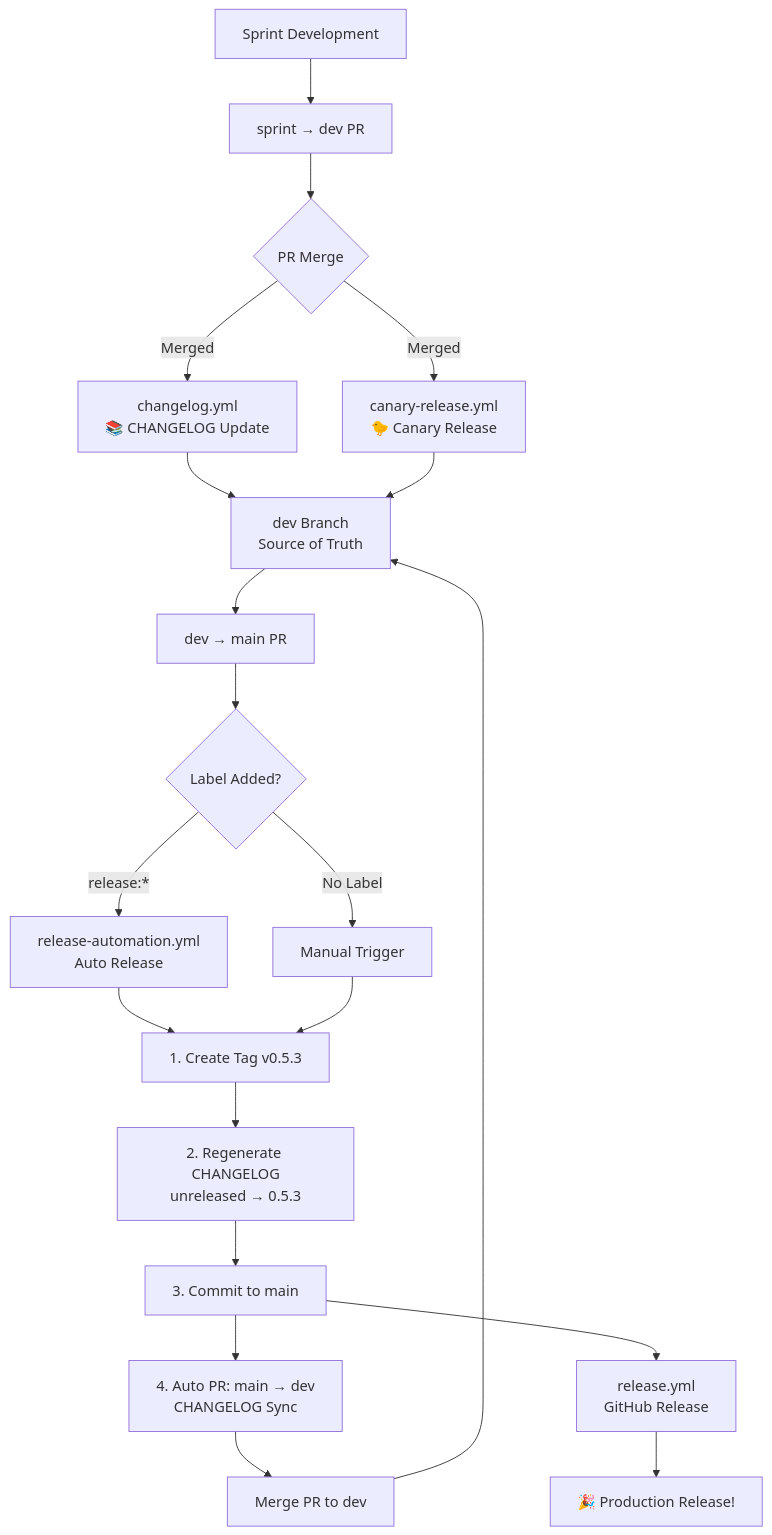
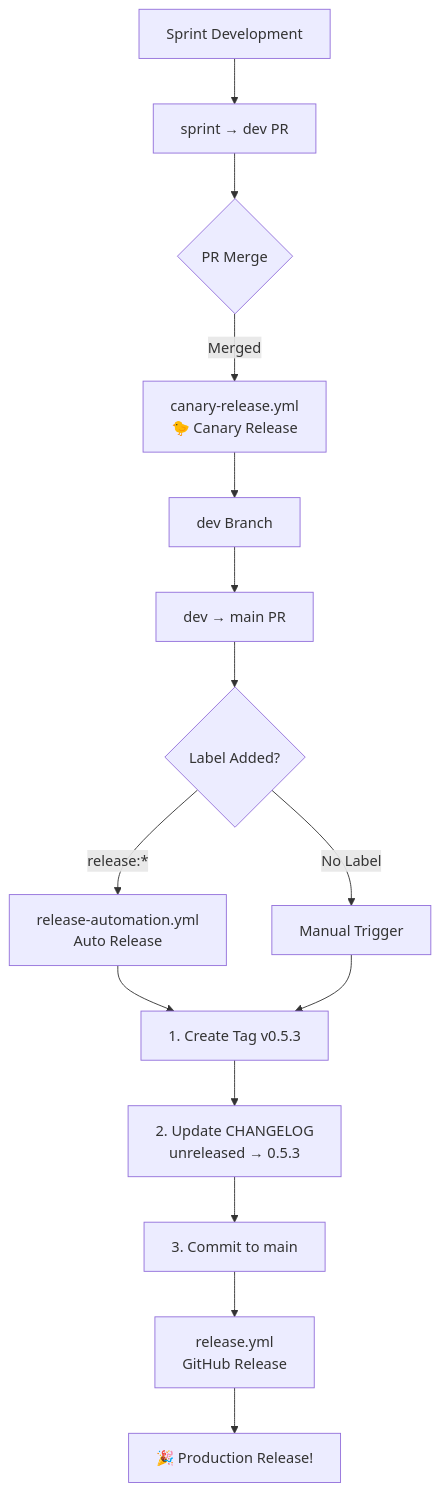
Before and after one commit to tyohnn/ssota-canvas: the diagram in .github/workflows/README.md, drawn with Mermaid. The commit also changed other lines of this file and 2 other files, not shown here.

Commit message:
fix(ci): remove changelog update at dev and compact canary-release

````diff
--- a/.github/workflows/README.md
+++ b/.github/workflows/README.md
@@ -105,22 +103,17 @@
 ```mermaid
 graph TD
     A[Sprint Development] --> B[sprint → dev PR]
     B --> C{PR Merge}
-    C -->|Merged| D[changelog.yml<br/>📚 CHANGELOG Update]
-    C -->|Merged| E[canary-release.yml<br/>🐤 Canary Release]
-    D --> F[dev Branch<br/>Source of Truth]
-    E --> F
-    F --> G[dev → main PR]
-    G --> H{Label Added?}
-    H -->|release:*| I[release-automation.yml<br/>Auto Release]
-    H -->|No Label| J[Manual Trigger]
-    I --> K[1. Create Tag v0.5.3]
-    J --> K
-    K --> L[2. Regenerate CHANGELOG<br/>unreleased → 0.5.3]
-    L --> M[3. Commit to main]
-    M --> N[4. Auto PR: main → dev<br/>CHANGELOG Sync]
-    M --> O[release.yml<br/>GitHub Release]
-    O --> P[🎉 Production Release!]
-    N --> Q[Merge PR to dev]
-    Q --> F
+    C -->|Merged| D[canary-release.yml<br/>🐤 Canary Release]
+    D --> E[dev Branch]
+    E --> F[dev → main PR]
+    F --> G{Label Added?}
+    G -->|release:*| H[release-automation.yml<br/>Auto Release]
+    G -->|No Label| I[Manual Trigger]
+    H --> J[1. Create Tag v0.5.3]
+    I --> J
+    J --> K[2. Update CHANGELOG<br/>unreleased → 0.5.3]
+    K --> L[3. Commit to main]
+    L --> M[release.yml<br/>GitHub Release]
+    M --> N[🎉 Production Release!]
 ```
````
